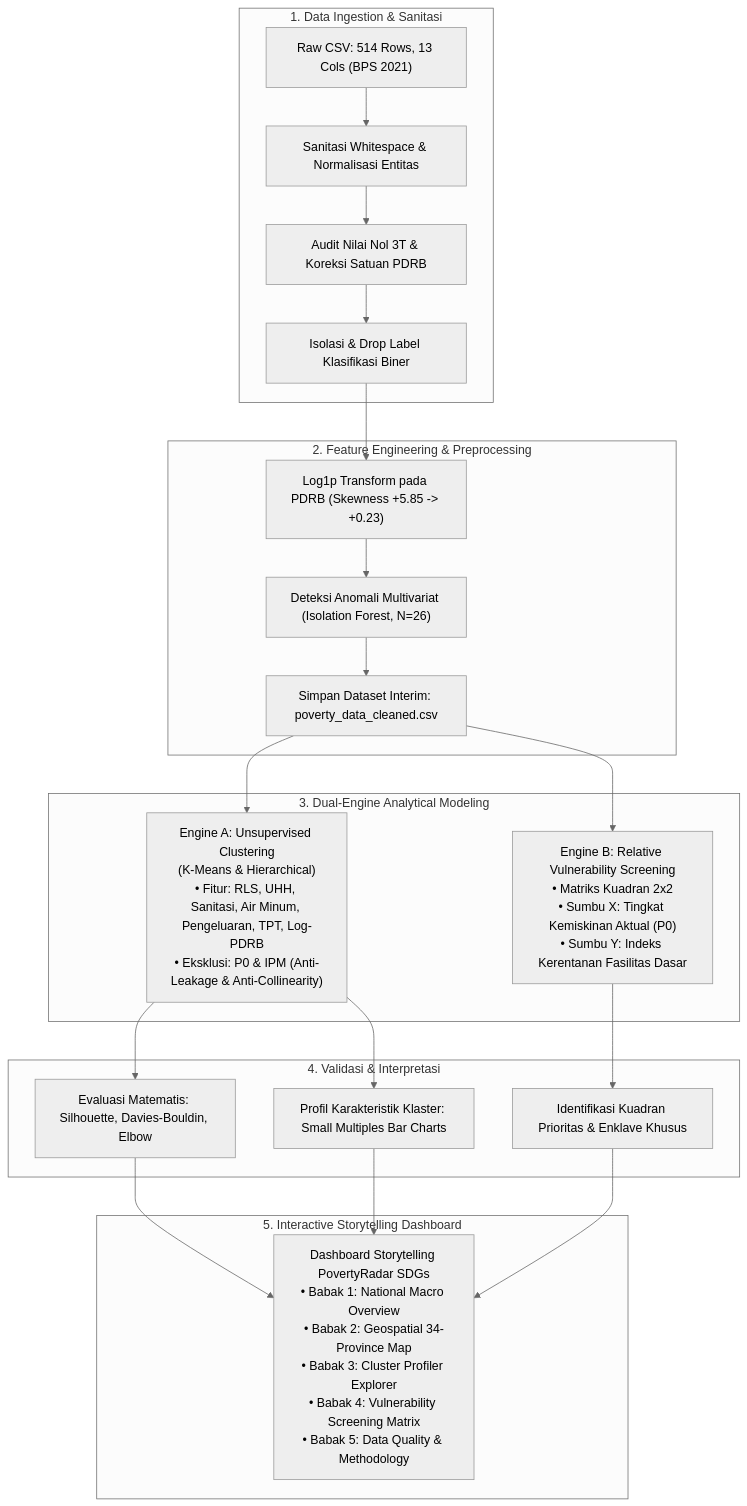
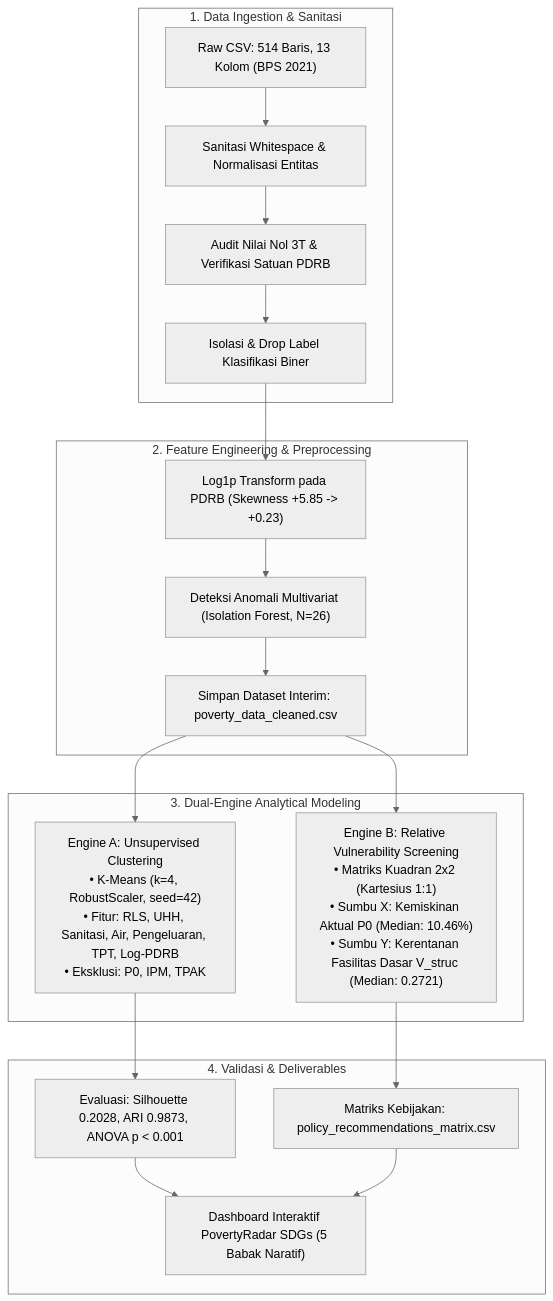
One commit to Arfiadi/poverty-radar changed the diagram in docs/problem_framing_and_objectives.md. Above: the diagram before and after it, drawn with Mermaid (neutral theme). The commit also changed other lines of this file, not shown here.

````diff
--- a/docs/problem_framing_and_objectives.md
+++ b/docs/problem_framing_and_objectives.md
@@ -90,29 +121,25 @@
 ```mermaid
 flowchart TD
     subgraph S1["1. Data Ingestion & Sanitasi"]
-        D1["Raw CSV: 514 Rows, 13 Cols (BPS 2021)"] --> D2["Sanitasi Whitespace & Normalisasi Entitas"]
-        D2 --> D3["Audit Nilai Nol 3T & Koreksi Satuan PDRB"]
+        D1["Raw CSV: 514 Baris, 13 Kolom (BPS 2021)"] --> D2["Sanitasi Whitespace & Normalisasi Entitas"]
+        D2 --> D3["Audit Nilai Nol 3T & Verifikasi Satuan PDRB"]
         D3 --> D4["Isolasi & Drop Label Klasifikasi Biner"]
     end
 
     subgraph S2["2. Feature Engineering & Preprocessing"]
         D4 --> F1["Log1p Transform pada PDRB (Skewness +5.85 -> +0.23)"]
         F1 --> F2["Deteksi Anomali Multivariat (Isolation Forest, N=26)"]
         F2 --> F3["Simpan Dataset Interim: poverty_data_cleaned.csv"]
     end
 
     subgraph S3["3. Dual-Engine Analytical Modeling"]
-        F3 --> M1["Engine A: Unsupervised Clustering<br/>(K-Means & Hierarchical)<br/>• Fitur: RLS, UHH, Sanitasi, Air Minum, Pengeluaran, TPT, Log-PDRB<br/>• Eksklusi: P0 & IPM (Anti-Leakage & Anti-Collinearity)"]
-        F3 --> M2["Engine B: Relative Vulnerability Screening<br/>• Matriks Kuadran 2x2<br/>• Sumbu X: Tingkat Kemiskinan Aktual (P0)<br/>• Sumbu Y: Indeks Kerentanan Fasilitas Dasar"]
+        F3 --> M1["Engine A: Unsupervised Clustering<br/>• K-Means (k=4, RobustScaler, seed=42)<br/>• Fitur: RLS, UHH, Sanitasi, Air, Pengeluaran, TPT, Log-PDRB<br/>• Eksklusi: P0, IPM, TPAK"]
+        F3 --> M2["Engine B: Relative Vulnerability Screening<br/>• Matriks Kuadran 2x2 (Kartesius 1:1)<br/>• Sumbu X: Kemiskinan Aktual P0 (Median: 10.46%)<br/>• Sumbu Y: Kerentanan Fasilitas Dasar V_struc (Median: 0.2721)"]
     end
 
-    subgraph S4["4. Validasi & Interpretasi"]
-        M1 --> E1["Evaluasi Matematis: Silhouette, Davies-Bouldin, Elbow"]
-        M1 --> E2["Profil Karakteristik Klaster: Small Multiples Bar Charts"]
-        M2 --> E3["Identifikasi Kuadran Prioritas & Enklave Khusus"]
-    end
-
-    subgraph S5["5. Interactive Storytelling Dashboard"]
-        E1 & E2 & E3 --> UI["Dashboard Storytelling PovertyRadar SDGs<br/>• Babak 1: National Macro Overview<br/>• Babak 2: Geospatial 34-Province Map<br/>• Babak 3: Cluster Profiler Explorer<br/>• Babak 4: Vulnerability Screening Matrix<br/>• Babak 5: Data Quality & Methodology"]
+    subgraph S4["4. Validasi & Deliverables"]
+        M1 --> E1["Evaluasi: Silhouette 0.2028, ARI 0.9873, ANOVA p < 0.001"]
+        M2 --> E2["Matriks Kebijakan: policy_recommendations_matrix.csv"]
+        E1 & E2 --> OUT["Dashboard Interaktif PovertyRadar SDGs (5 Babak Naratif)"]
     end
 ```
````
